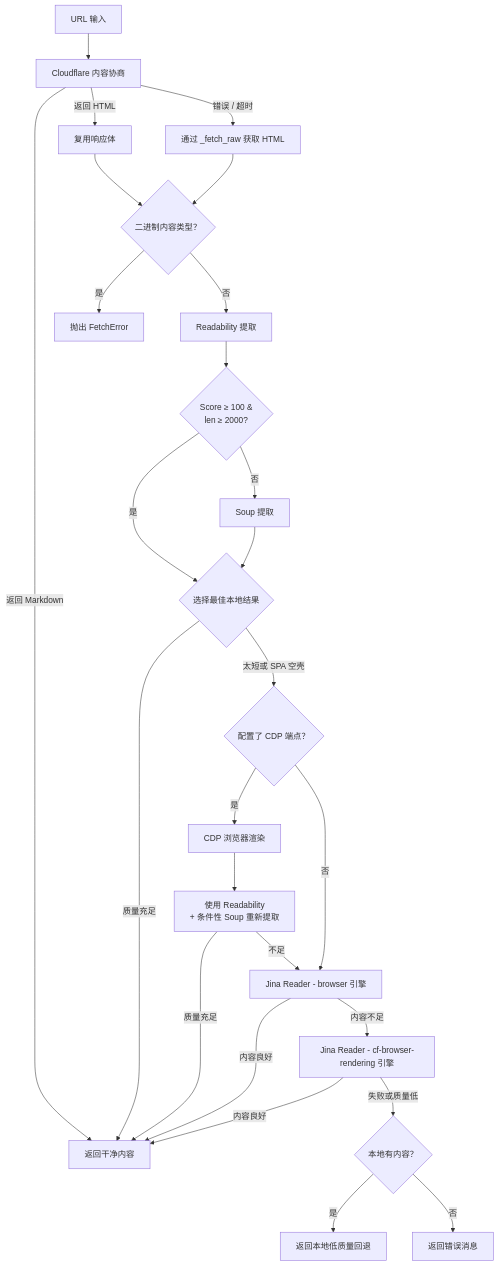
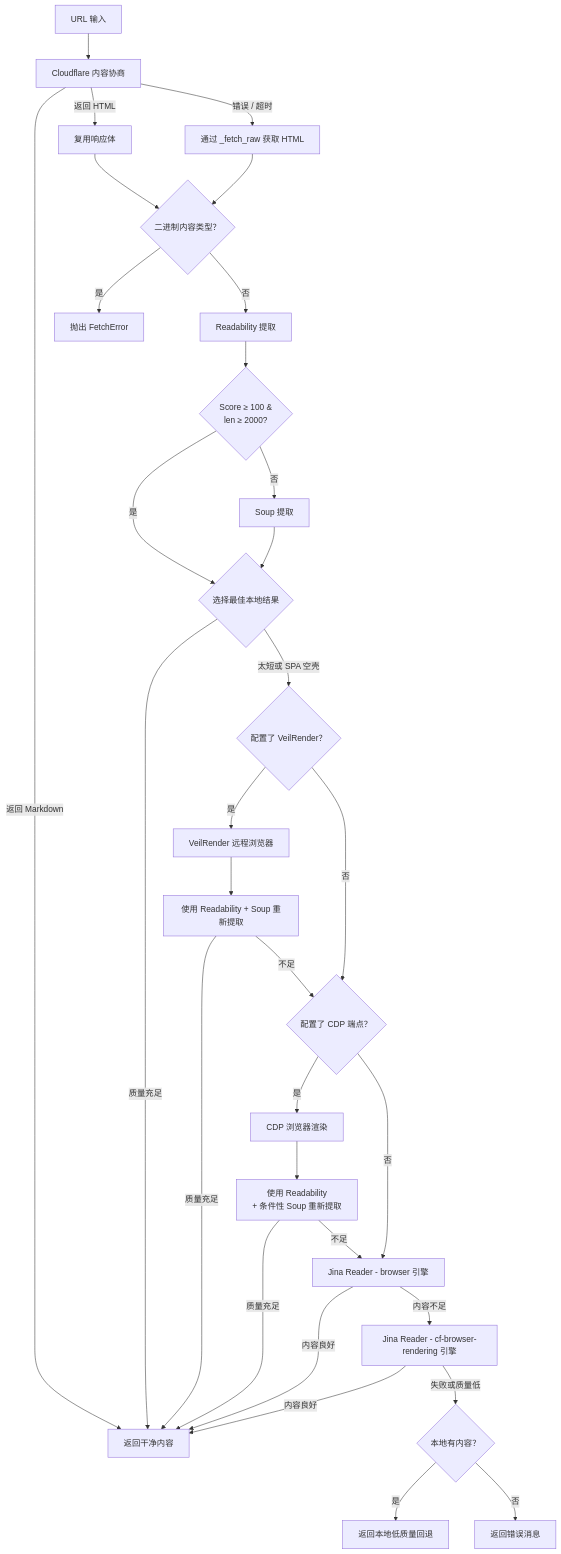
Before and after one commit to Oaklight/toolregistry-hub: the diagram in docs/tools/websearch/web_fetch_tool.md, drawn with Mermaid. The commit also changed other lines of this file and 1 other file, not shown here.

Commit message:
docs: 补充 VEILRENDER 变量与 WEBSEARCH_PARALLEL_ENGINES 环境变量说明；更新 web_fetch_tool 新增 VeilRender 阶段、strategy 参数与 FetchResult 返回值 [docs_zh]

````diff
--- a/docs/tools/websearch/web_fetch_tool.md
+++ b/docs/tools/websearch/web_fetch_tool.md
@@ -99,30 +103,35 @@
 ```mermaid
 flowchart TD
     A[URL 输入] --> B[Cloudflare 内容协商]
     B -->|返回 Markdown| Z[返回干净内容]
     B -->|返回 HTML| REUSE[复用响应体]
     B -->|错误 / 超时| C[通过 _fetch_raw 获取 HTML]
     REUSE --> BIN{二进制内容类型？}
     C --> BIN
     BIN -->|是| ERR[抛出 FetchError]
     BIN -->|否| D[Readability 提取]
     D --> SK{Score ≥ 100 &
     len ≥ 2000?}
     SK -->|是| F{选择最佳本地结果}
     SK -->|否| E[Soup 提取]
     E --> F
     F -->|质量充足| Z
-    F -->|太短或 SPA 空壳| CDP{配置了 CDP 端点？}
+    F -->|太短或 SPA 空壳| VR{配置了 VeilRender？}
+    VR -->|是| VR1[VeilRender 远程浏览器]
+    VR1 --> VR2[使用 Readability + Soup 重新提取]
+    VR2 -->|质量充足| Z
+    VR2 -->|不足| CDP{配置了 CDP 端点？}
+    VR -->|否| CDP
     CDP -->|是| CDP1[CDP 浏览器渲染]
     CDP1 --> CDP2[使用 Readability
     + 条件性 Soup 重新提取]
     CDP2 -->|质量充足| Z
     CDP2 -->|不足| G[Jina Reader - browser 引擎]
     CDP -->|否| G
     G -->|内容良好| Z
     G -->|内容不足| G2[Jina Reader - cf-browser-rendering 引擎]
     G2 -->|内容良好| Z
     G2 -->|失败或质量低| H{本地有内容？}
     H -->|是| I[返回本地低质量回退]
     H -->|否| J[返回错误消息]
 ```
````
